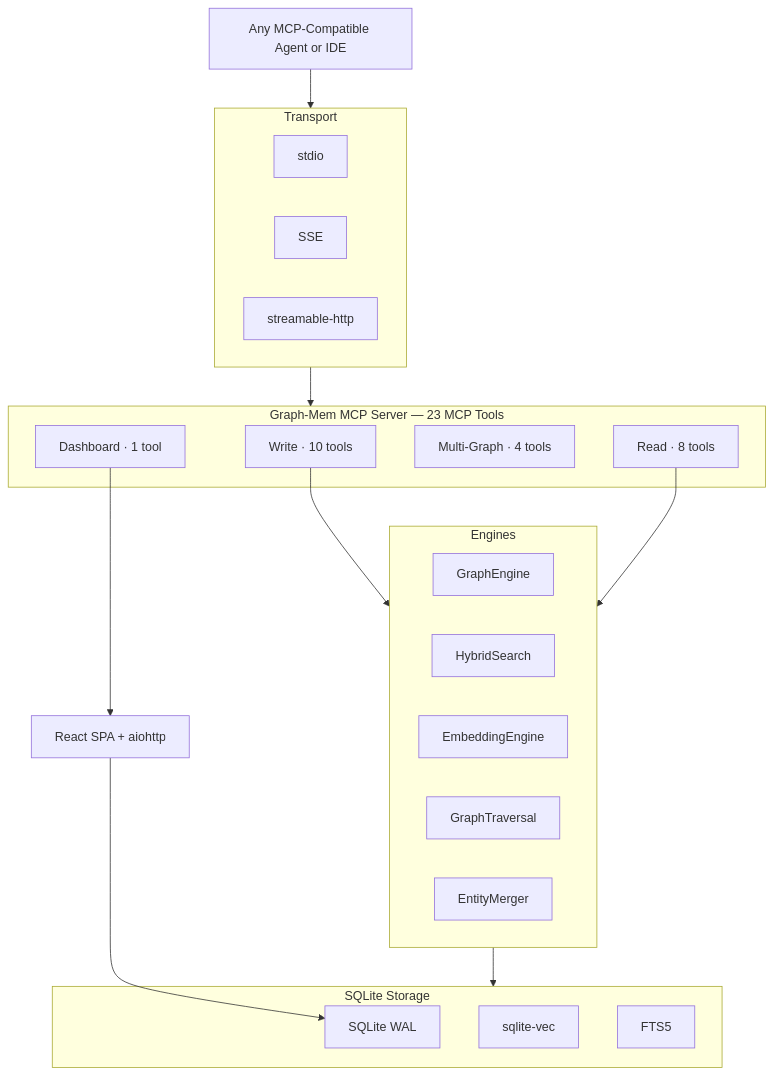
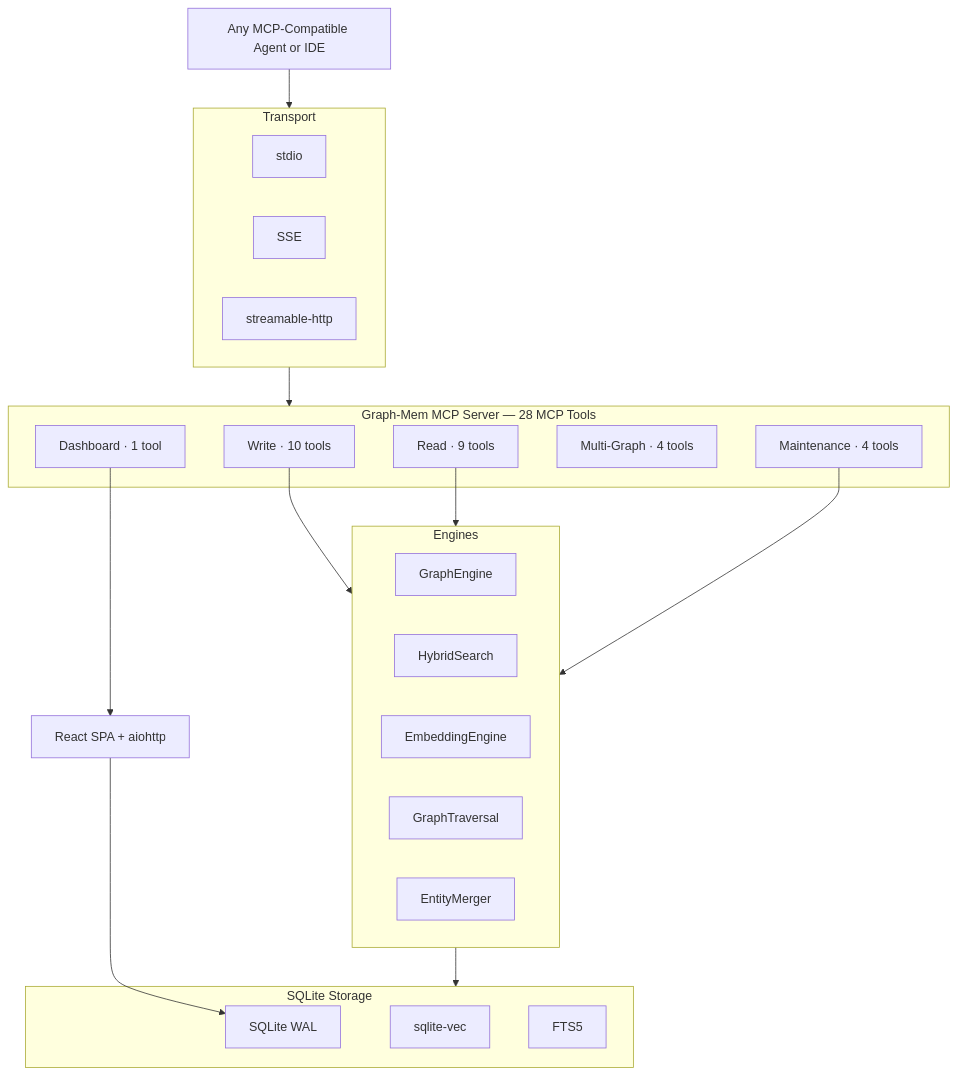
Before and after one commit to Sathvik-1007/graphrag-mcp: the diagram in README.md, drawn with Mermaid. The commit also changed other lines of this file and 2 other files, not shown here.

Commit message:
polish: 18 new tests (list_relationships, edge cases), fix docs 23→28 tools

````diff
--- a/README.md
+++ b/README.md
@@ -261,41 +271,43 @@
 ```mermaid
 graph TD
     Agent[Any MCP-Compatible Agent or IDE] --> Transport
 
     subgraph Transport
         STDIO[stdio]
         SSE[SSE]
         HTTP[streamable-http]
     end
 
     Transport --> Tools
 
-    subgraph Tools[Graph-Mem MCP Server — 23 MCP Tools]
+    subgraph Tools[Graph-Mem MCP Server — 28 MCP Tools]
         Write[Write · 10 tools]
-        Read[Read · 8 tools]
+        Read[Read · 9 tools]
+        Maint[Maintenance · 4 tools]
         Graph[Multi-Graph · 4 tools]
         UI[Dashboard · 1 tool]
     end
 
     Write --> Engines
     Read --> Engines
+    Maint --> Engines
 
     subgraph Engines
         GE[GraphEngine]
         SE[HybridSearch]
         EE[EmbeddingEngine]
         GT[GraphTraversal]
         EM[EntityMerger]
     end
 
     Engines --> Storage
 
     subgraph Storage[SQLite Storage]
         DB[SQLite WAL]
         VEC[sqlite-vec]
         FTS[FTS5]
     end
 
     UI --> Dashboard[React SPA + aiohttp]
     Dashboard --> DB
 ```
````
